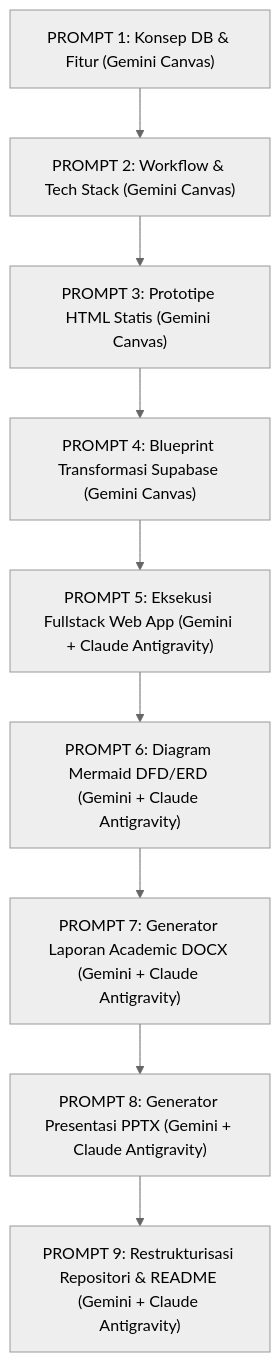
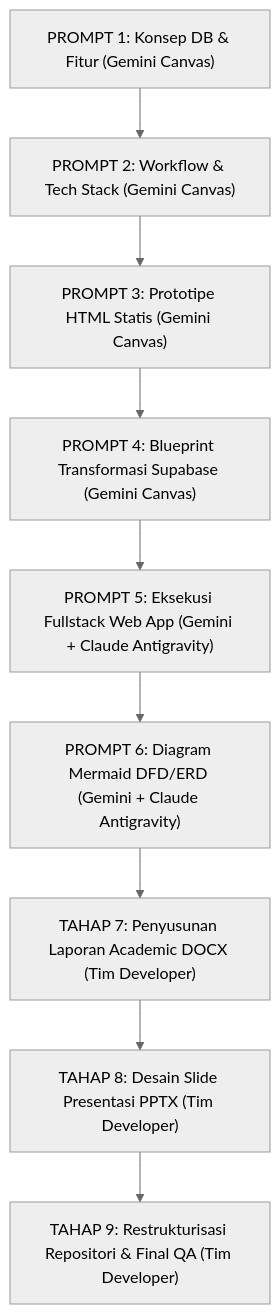
Before and after one commit to sahruulmubarokk-dot/Sistem-Informasi-Apotek: the diagram in README.md, drawn with Mermaid (neutral theme). The commit also changed other lines of this file and 11 other files, not shown here.

````diff
--- a/README.md
+++ b/README.md
@@ -45,11 +43,11 @@
 ```mermaid
 graph TD
     P1["PROMPT 1: Konsep DB & Fitur (Gemini Canvas)"] --> P2["PROMPT 2: Workflow & Tech Stack (Gemini Canvas)"]
     P2 --> P3["PROMPT 3: Prototipe HTML Statis (Gemini Canvas)"]
     P3 --> P4["PROMPT 4: Blueprint Transformasi Supabase (Gemini Canvas)"]
     P4 --> P5["PROMPT 5: Eksekusi Fullstack Web App (Gemini + Claude Antigravity)"]
     P5 --> P6["PROMPT 6: Diagram Mermaid DFD/ERD (Gemini + Claude Antigravity)"]
-    P6 --> P7["PROMPT 7: Generator Laporan Academic DOCX (Gemini + Claude Antigravity)"]
-    P7 --> P8["PROMPT 8: Generator Presentasi PPTX (Gemini + Claude Antigravity)"]
-    P8 --> P9["PROMPT 9: Restrukturisasi Repositori & README (Gemini + Claude Antigravity)"]
+    P6 --> P7["TAHAP 7: Penyusunan Laporan Academic DOCX (Tim Developer)"]
+    P7 --> P8["TAHAP 8: Desain Slide Presentasi PPTX (Tim Developer)"]
+    P8 --> P9["TAHAP 9: Restrukturisasi Repositori & Final QA (Tim Developer)"]
 ```
````
